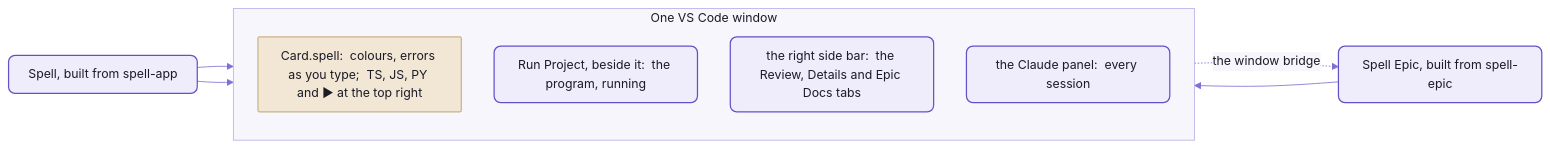
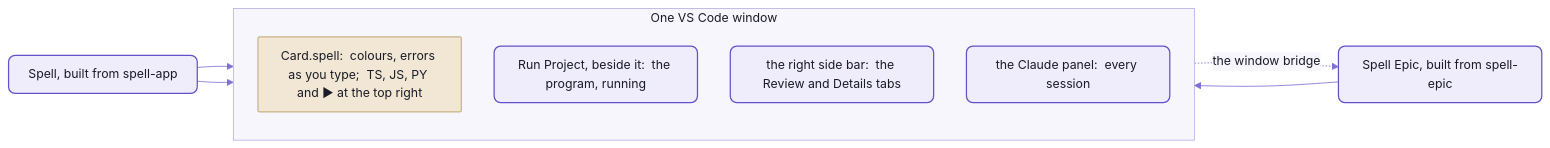
Before and after one commit to spell-app/spell: the first of 2 diagrams in README-vscode.md, drawn with Mermaid. The commit also changed other lines of this file and 33 other files, not shown here.

First line of the commit message:
epic-engine Q73:  Epic Docs folds into Review;  two side-bar tabs

````diff
--- a/README-vscode.md
+++ b/README-vscode.md
@@ -135,19 +135,19 @@
 ```mermaid
 %%{init: {"theme":"base","themeVariables":{"fontFamily":"-apple-system, BlinkMacSystemFont, Segoe UI, Helvetica, Arial, sans-serif","fontSize":"15px","primaryColor":"#EFECFB","primaryBorderColor":"#6550CA","primaryTextColor":"#1A1C27","secondaryColor":"#F4F1E9","tertiaryColor":"#F7F6FC","lineColor":"#7F6FD6","textColor":"#7F6FD6","clusterBkg":"#F7F6FC","clusterBorder":"#B9B0E8","titleColor":"#1A1C27","edgeLabelBackground":"#F7F6FC","actorBkg":"#EFECFB","actorBorder":"#6550CA","actorTextColor":"#1A1C27","actorLineColor":"#9C90DE","signalColor":"#7F6FD6","signalTextColor":"#7F6FD6","labelBoxBkgColor":"#EFECFB","labelBoxBorderColor":"#6550CA","labelTextColor":"#1A1C27","loopTextColor":"#7F6FD6","noteBkgColor":"#F1E7D4","noteBorderColor":"#C9B48A","noteTextColor":"#1A1C27","activationBkgColor":"#DCD6F7","activationBorderColor":"#6550CA","sequenceNumberColor":"#FFFFFF"},"flowchart":{"curve":"basis","padding":12,"nodeSpacing":40,"rankSpacing":44}}}%%
 flowchart LR
   subgraph window["One VS Code window"]
     direction TB
     file["Card.spell:  colours, errors as you type;  TS, JS, PY and ▶ at the top right"]
     run["Run Project, beside it:  the program, running"]
-    bar["the right side bar:  the Review, Details and Epic Docs tabs"]
+    bar["the right side bar:  the Review and Details tabs"]
     claude["the Claude panel:  every session"]
   end
   spell["Spell, built from spell-app"] --> file
   spell --> run
   epic["Spell Epic, built from spell-epic"] --> bar
   claude -. "the window bridge" .-> epic
   %% the Spell look:  yarn mermaid:pretty
   classDef default fill:#EFECFB,stroke:#6550CA,stroke-width:1.5px,color:#1A1C27,rx:8px,ry:8px
   classDef data fill:#F1E7D4,stroke:#C9B48A,stroke-width:1.5px,color:#1A1C27,rx:2px,ry:2px
   class file data
 ```
````
